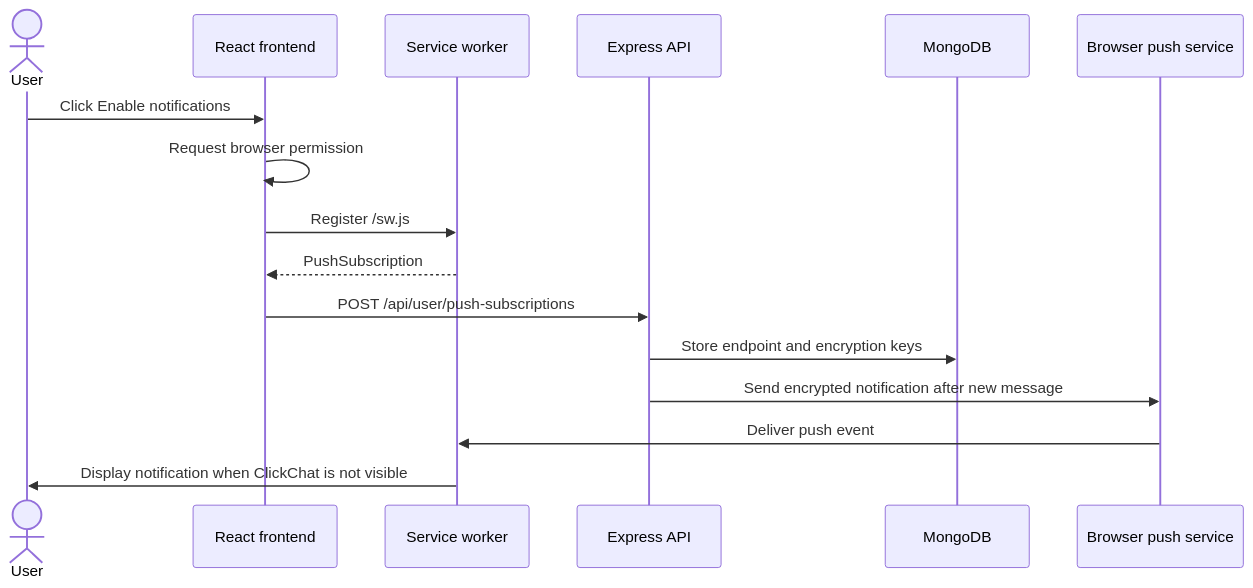
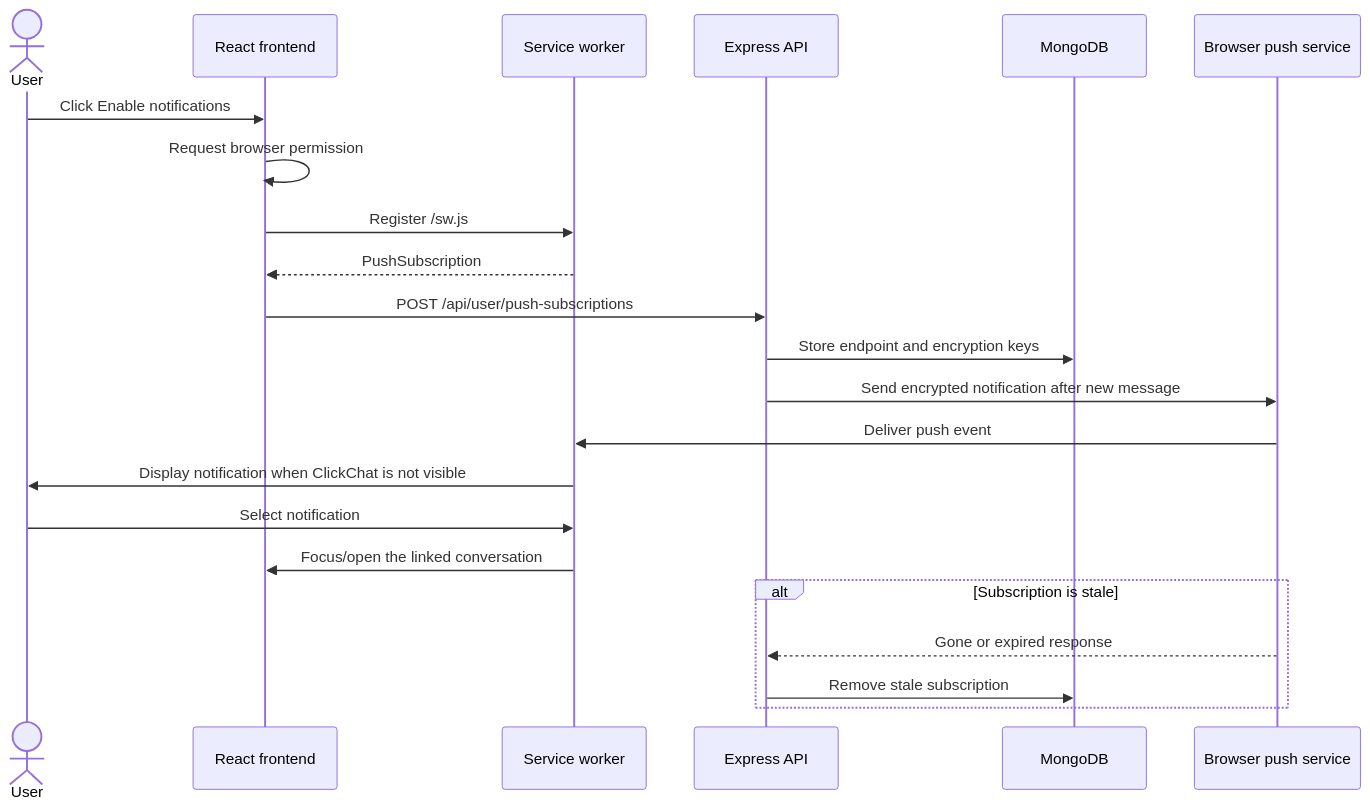
The diagram in docs/12-groups-and-web-push.md (Saurav11343/click-chat), drawn with Mermaid before and after one commit. The commit also changed 11 other files, not shown here.

Commit message:
update diagrams

````diff
--- a/docs/12-groups-and-web-push.md
+++ b/docs/12-groups-and-web-push.md
@@ -52,19 +52,25 @@
 ```mermaid
 sequenceDiagram
     actor U as User
     participant F as React frontend
     participant SW as Service worker
     participant API as Express API
     participant DB as MongoDB
     participant PS as Browser push service
 
     U->>F: Click Enable notifications
     F->>F: Request browser permission
     F->>SW: Register /sw.js
     SW-->>F: PushSubscription
     F->>API: POST /api/user/push-subscriptions
     API->>DB: Store endpoint and encryption keys
     API->>PS: Send encrypted notification after new message
     PS->>SW: Deliver push event
     SW->>U: Display notification when ClickChat is not visible
+    U->>SW: Select notification
+    SW->>F: Focus/open the linked conversation
+    alt Subscription is stale
+      PS-->>API: Gone or expired response
+      API->>DB: Remove stale subscription
+    end
 ```
````
